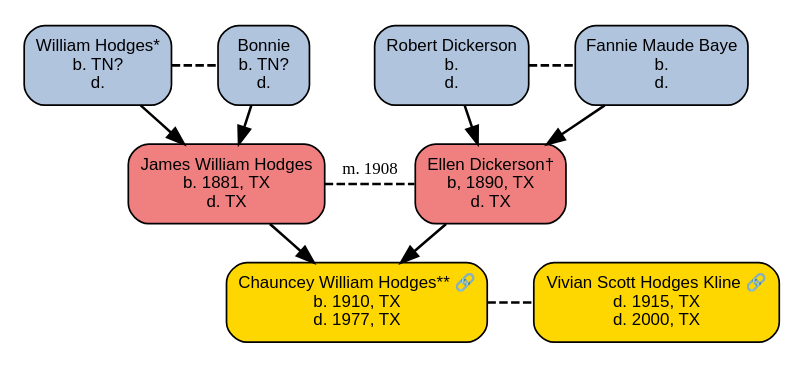
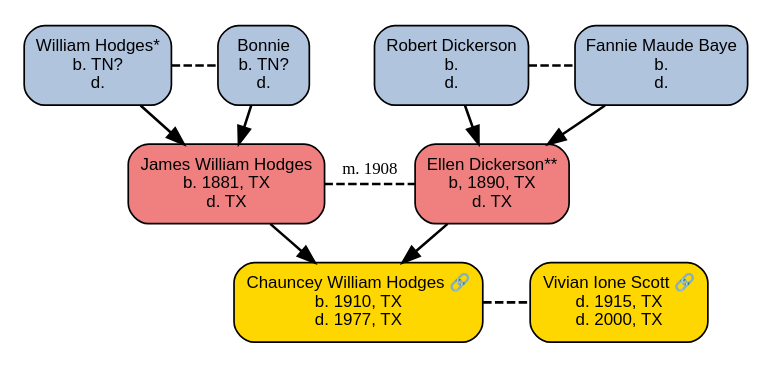
One commit to lchogal/Hodges_line changed the diagram in output/Hodges_line.dot. Above: the diagram before and after it, drawn with Graphviz. The commit also changed 16 other files, not shown here.

```diff
--- a/output/Hodges_line.dot
+++ b/output/Hodges_line.dot
@@ -1,40 +1,40 @@
 digraph family_tree {
     rankdir=TB;
     bgcolor=white;
     margin=0.1;
     pad=0.1;
     ranksep=0.3;
     nodesep=0.2;
     node [shape=box, style="filled,rounded", fontname="Arial", fontsize=10, fixedsize=false, margin=0.1];
     edge [color=black, penwidth=1.5];
     
     
-    "G0_ME" [label="Chauncey William Hodges** 🔗\nb. 1910, TX\nd. 1977, TX", fillcolor="gold", style="filled,rounded", URL="https://www.findagrave.com/memorial/106908643/chauncey_william-hodges", target="_blank", tooltip=""];
-    "G0_SPOUSE" [label="Vivian Scott Hodges Kline 🔗\nd. 1915, TX\nd. 2000, TX", fillcolor="gold", style="filled,rounded", URL="https://www.findagrave.com/memorial/106908714/vivian-hodges_kline", target="_blank", tooltip=""];
+    "G0_ME" [label="Chauncey William Hodges 🔗\nb. 1910, TX\nd. 1977, TX", fillcolor="gold", style="filled,rounded", URL="https://www.findagrave.com/memorial/106908643/chauncey_william-hodges", target="_blank", tooltip=""];
+    "G0_SPOUSE" [label="Vivian Ione Scott 🔗\nd. 1915, TX\nd. 2000, TX", fillcolor="gold", style="filled,rounded", URL="https://www.findagrave.com/memorial/106908714/vivian-hodges_kline", target="_blank", tooltip=""];
     "G1_FATHER" [label="James William Hodges\nb. 1881, TX\nd. TX", fillcolor="lightcoral", style="filled,rounded", tooltip=""];
-    "G1_MOTHER" [label="Ellen Dickerson†\nb, 1890, TX\nd. TX", fillcolor="lightcoral", style="filled,rounded", tooltip=""];
+    "G1_MOTHER" [label="Ellen Dickerson**\nb, 1890, TX\nd. TX", fillcolor="lightcoral", style="filled,rounded", tooltip=""];
     "G2_PATERNAL_GF" [label="William Hodges*\nb. TN?\nd.", fillcolor="lightsteelblue", style="filled,rounded", tooltip=""];
     "G2_PATERNAL_GM" [label="Bonnie\nb. TN?\nd.", fillcolor="lightsteelblue", style="filled,rounded", tooltip=""];
     "G2_MATERNAL_GF" [label="Robert Dickerson\nb.\nd.", fillcolor="lightsteelblue", style="filled,rounded", tooltip=""];
     "G2_MATERNAL_GM" [label="Fannie Maude Baye\nb.\nd.", fillcolor="lightsteelblue", style="filled,rounded", tooltip=""];
     
     // Tree navigation connection boxes
     
     // Marriage relationships and rank constraints
     {rank=same; "G0_ME"; "G0_SPOUSE"};
     "G0_ME" -> "G0_SPOUSE" [dir=none, color=black, style=dashed, constraint=false];
     {rank=same; "G1_FATHER"; "G1_MOTHER"};
     "G1_FATHER" -> "G1_MOTHER" [dir=none, color=black, style=dashed, constraint=false, label="m. 1908", fontsize=10, fontcolor=black];
     {rank=same; "G2_PATERNAL_GF"; "G2_PATERNAL_GM"};
     "G2_PATERNAL_GF" -> "G2_PATERNAL_GM" [dir=none, color=black, style=dashed, constraint=false];
     {rank=same; "G2_MATERNAL_GF"; "G2_MATERNAL_GM"};
     "G2_MATERNAL_GF" -> "G2_MATERNAL_GM" [dir=none, color=black, style=dashed, constraint=false];
     
     // Parent-child relationships
     "G1_FATHER" -> "G0_ME";
     "G1_MOTHER" -> "G0_ME";
     "G2_PATERNAL_GF" -> "G1_FATHER";
     "G2_PATERNAL_GM" -> "G1_FATHER";
     "G2_MATERNAL_GF" -> "G1_MOTHER";
     "G2_MATERNAL_GM" -> "G1_MOTHER";
 }
```
